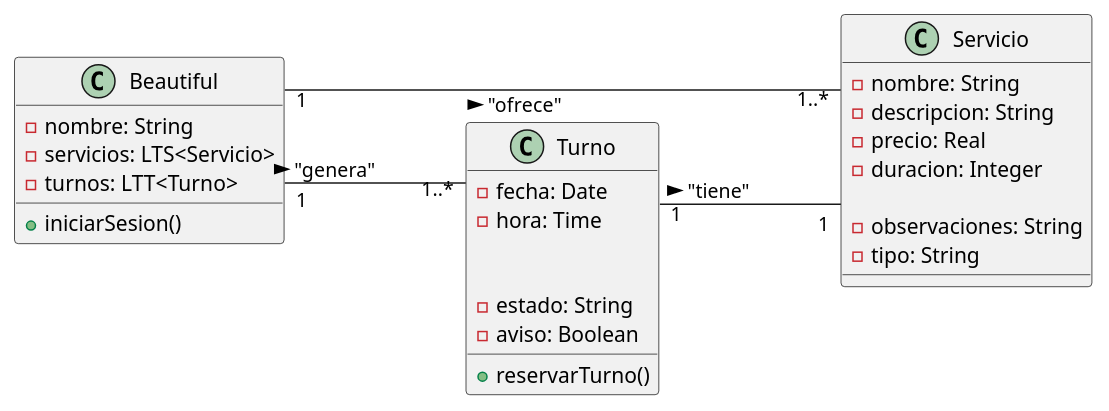
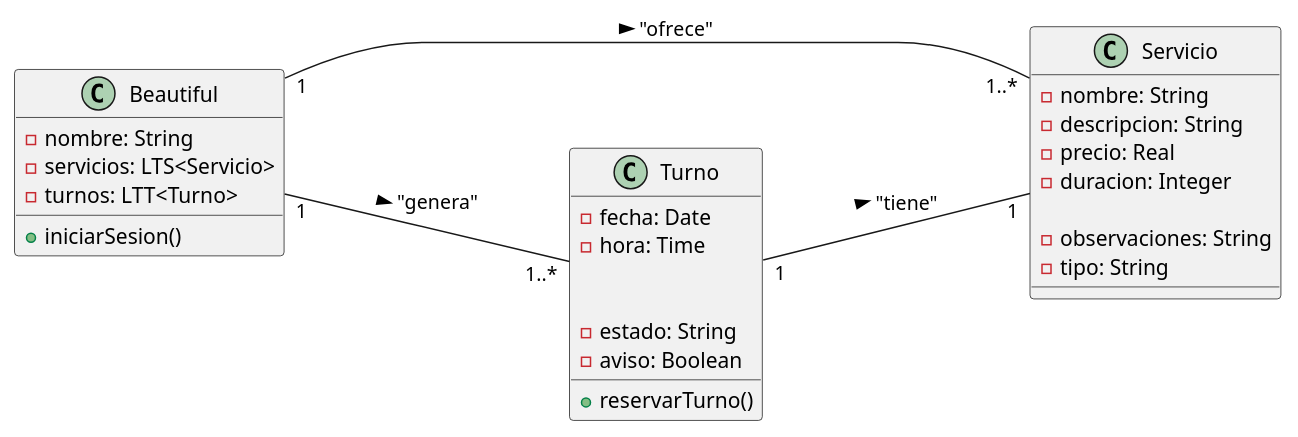
Before and after one commit to Z0SO/UML-Practice: the second of 2 diagrams in Modelos parciales/parciales.md, drawn with PlantUML. The commit also changed other lines of this file and 2 other files, not shown here.

Commit message:
bkp -> 2024-07-03 14:43:19

````diff
--- a/Modelos parciales/parciales.md
+++ b/Modelos parciales/parciales.md
@@ -91,55 +91,55 @@
 ```plantuml
 
 ' diagrama de clases pertenecientes al caso de uso "Reservar Servicio"
 
 @startuml
 
 left to right direction
-skinparam linetype ortho
+skinparam linetype or   tho
 
 class "Beautiful" as sistema {
     - nombre: String
     - servicios: LTS<Servicio>
     - turnos: LTT<Turno>
 
 
     + iniciarSesion()
 }
 
 
 
 class "Servicio" as servicio {
     - nombre: String
     - descripcion: String
     - precio: Real
     - duracion: Integer
 
     - observaciones: String
     - tipo: String
 
 }
 
 class "Turno" as turno {
     - fecha: Date
     - hora: Time
 
 
     - estado: String
     - aviso: Boolean
    
     + reservarTurno()
 }
 
 
 ' relaciones con el sistema
 
 sistema "1" - "1..*" servicio: > "ofrece"
 sistema "1" --- "1..*" turno: > "genera"
 
 
 ' relaciones con el turno
 turno "1" --- "1" servicio: > "tiene"
 
 
 @enduml
 ```
````
